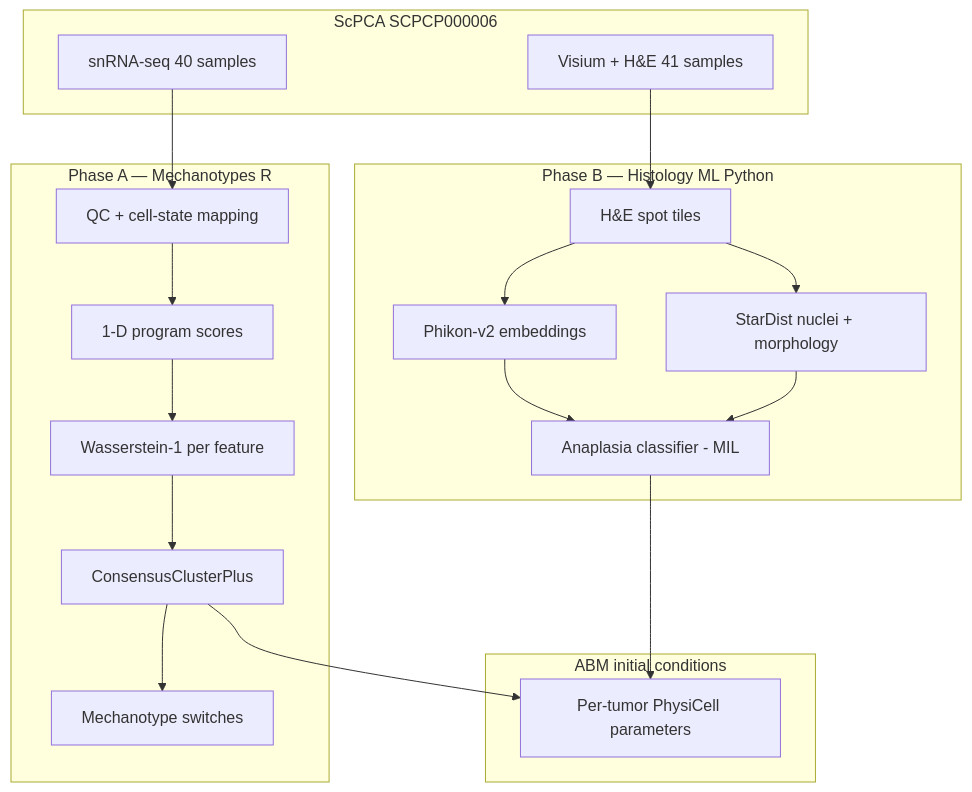
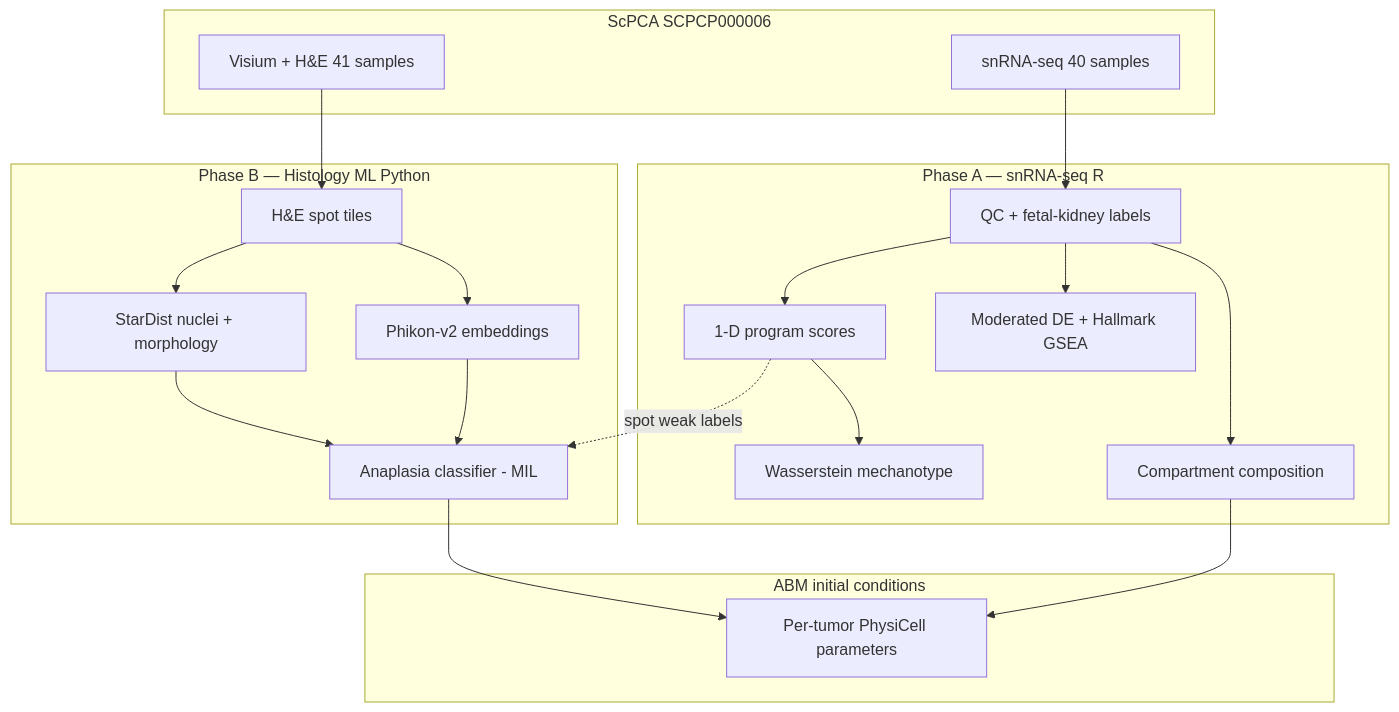
One commit to realakshayk1/sc-wilms-data changed the diagram in README.md. Above: the diagram before and after it, drawn with Mermaid. The commit also changed other lines of this file and 4 other files, not shown here.

First line of the commit message:
README: cover approaches in-sequence per phase; de-emphasize Wasserstein framing

````diff
--- a/README.md
+++ b/README.md
@@ -40,34 +39,38 @@
 ```mermaid
 flowchart TB
   subgraph data [ScPCA SCPCP000006]
     SN[snRNA-seq 40 samples]
     VIS[Visium + H&E 41 samples]
   end
 
-  subgraph phaseA [Phase A — Mechanotypes R]
-    QC[QC + cell-state mapping]
+  subgraph phaseA [Phase A — snRNA-seq R]
+    QC[QC + fetal-kidney labels]
     SC[1-D program scores]
-    W1[Wasserstein-1 per feature]
-    CC[ConsensusClusterPlus]
-    SW[Mechanotype switches]
-    QC --> SC --> W1 --> CC --> SW
+    W1[Wasserstein mechanotype]
+    COMP[Compartment composition]
+    DE[Moderated DE + Hallmark GSEA]
+    QC --> SC
+    SC --> W1
+    QC --> COMP
+    QC --> DE
   end
 
   subgraph phaseB [Phase B — Histology ML Python]
     TIL[H&E spot tiles]
     EMB[Phikon-v2 embeddings]
     SEG[StarDist nuclei + morphology]
     CLS[Anaplasia classifier - MIL]
     TIL --> EMB --> CLS
     TIL --> SEG --> CLS
   end
 
   subgraph abm [ABM initial conditions]
     PC[Per-tumor PhysiCell parameters]
   end
 
   SN --> QC
   VIS --> TIL
-  CC --> PC
+  SC -. spot weak labels .-> CLS
+  COMP --> PC
   CLS --> PC
 ```
````
